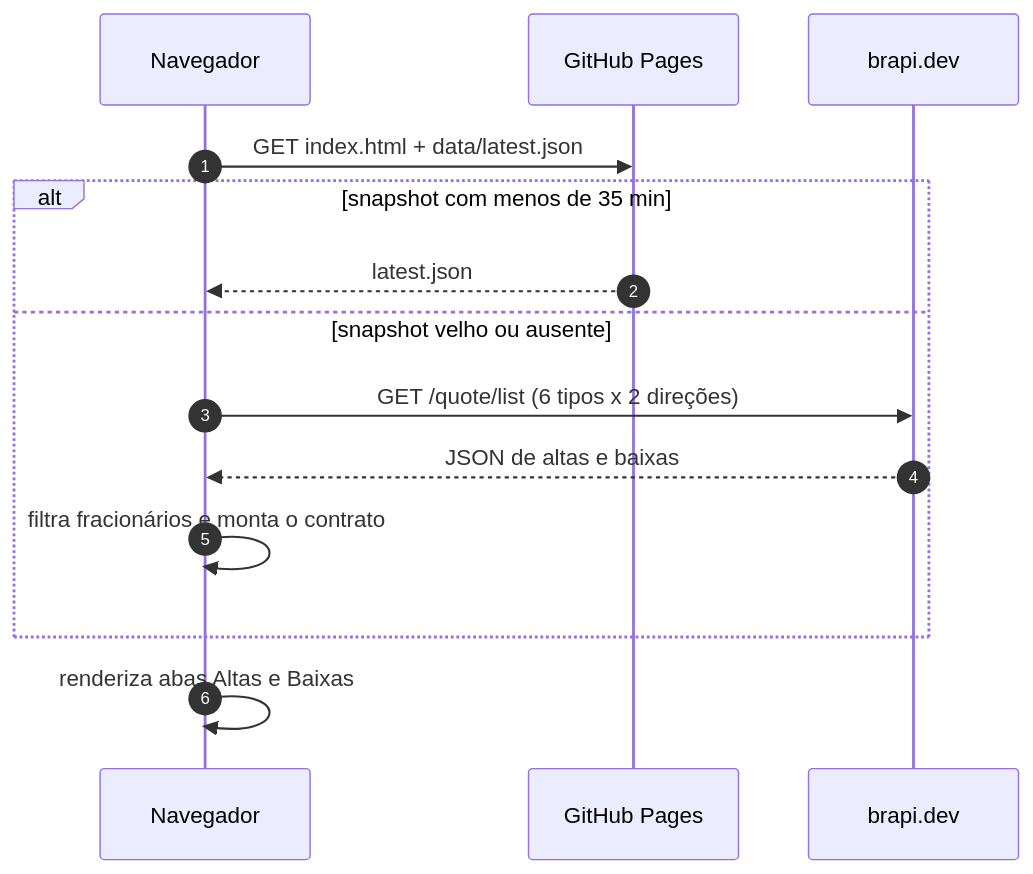
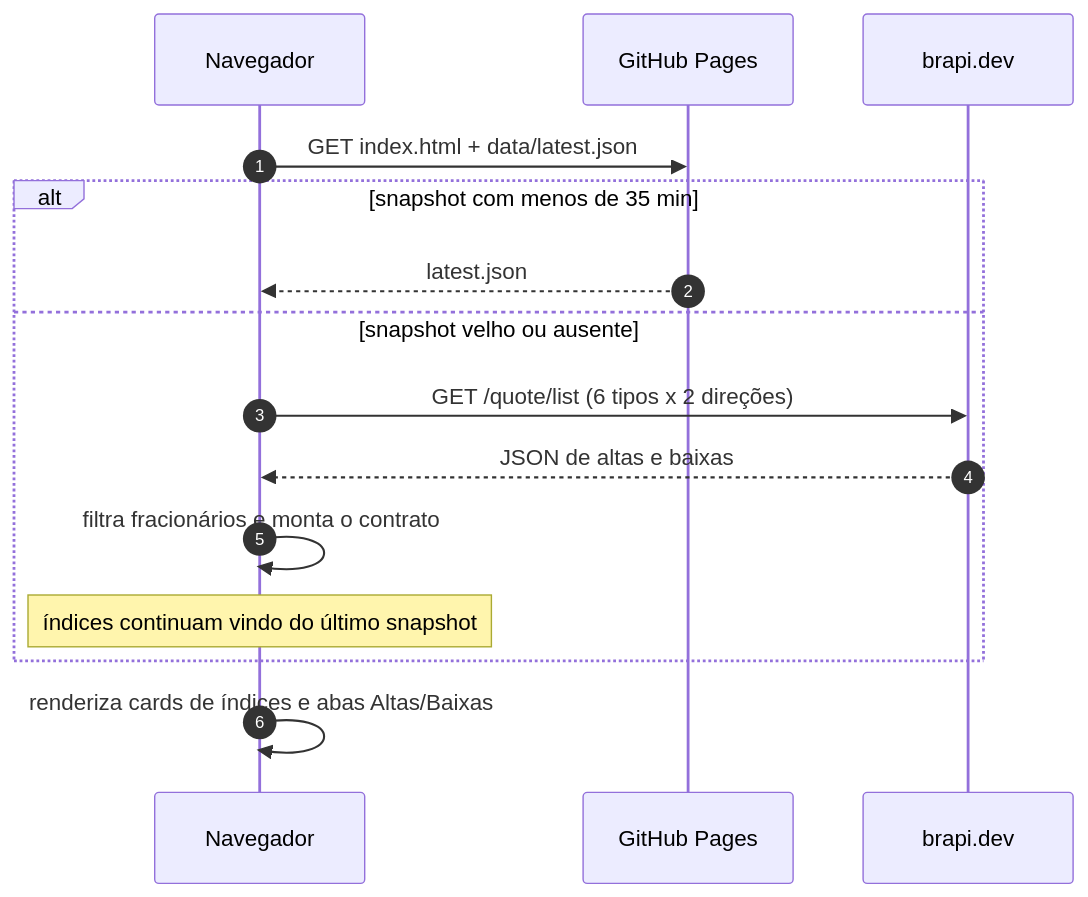
The sixth of 8 diagrams in docs/architecture.md (fabianoflorentino/stckcraw), drawn with Mermaid before and after one commit. The commit also changed other lines of this file and 10 other files, not shown here.

````diff
--- a/docs/architecture.md
+++ b/docs/architecture.md
@@ -118,17 +129,18 @@
 ```mermaid
 sequenceDiagram
   autonumber
   participant U as Navegador
   participant P as GitHub Pages
   participant B as brapi.dev
 
   U->>P: GET index.html + data/latest.json
   alt snapshot com menos de 35 min
     P-->>U: latest.json
   else snapshot velho ou ausente
     U->>B: GET /quote/list (6 tipos x 2 direções)
     B-->>U: JSON de altas e baixas
     U->>U: filtra fracionários e monta o contrato
+    Note over U: índices continuam vindo do último snapshot
   end
-  U->>U: renderiza abas Altas e Baixas
+  U->>U: renderiza cards de índices e abas Altas/Baixas
 ```
````
